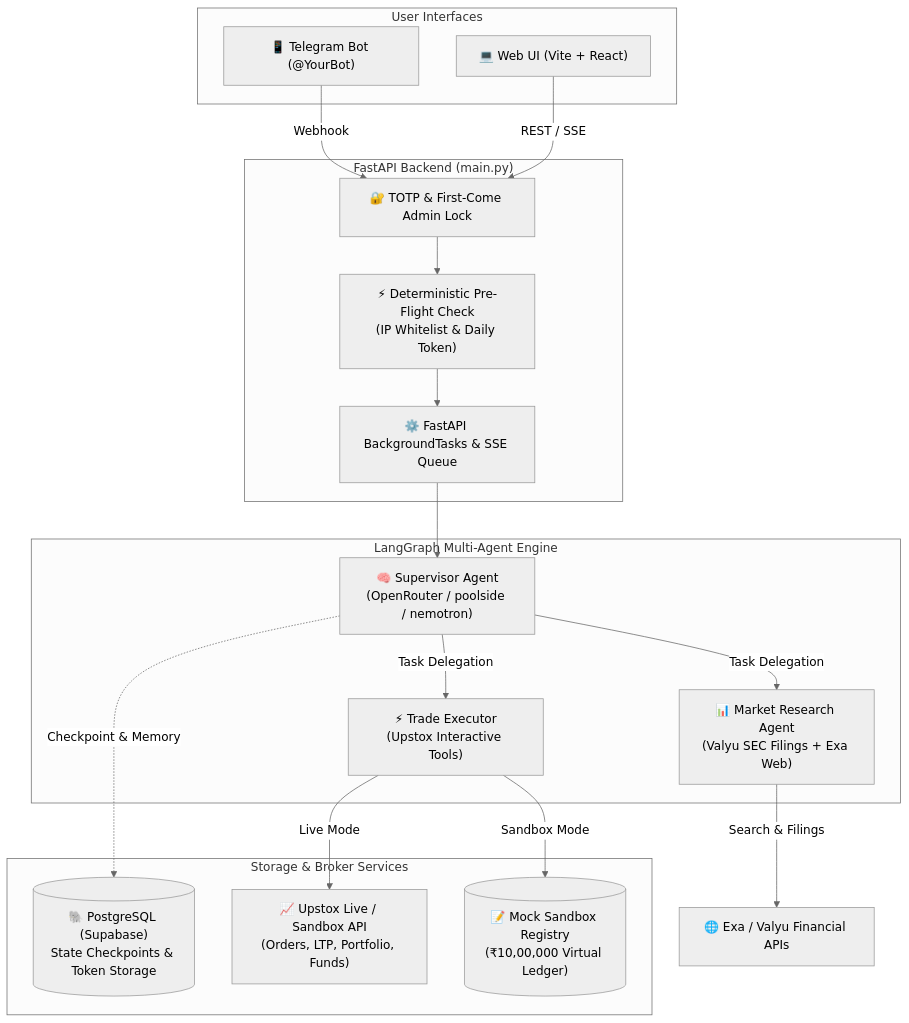
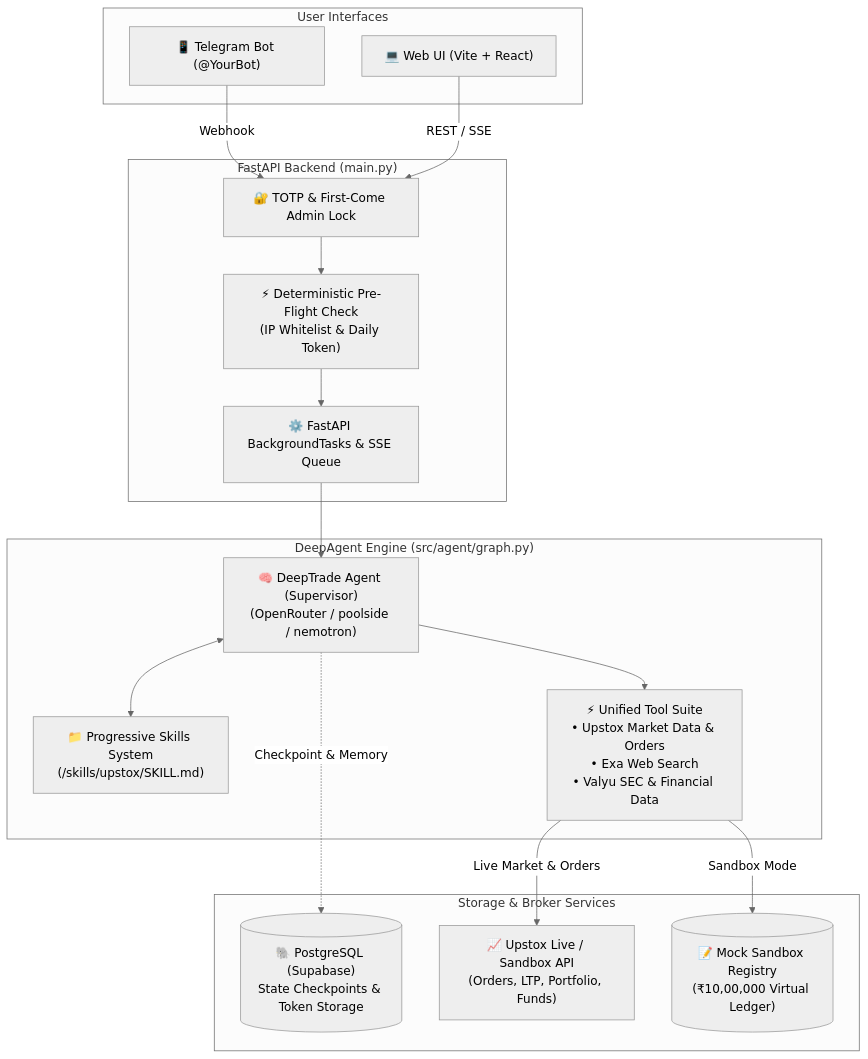
One commit to Anshu666666/deepTrade changed the first of 2 diagrams in README.md. Above: the diagram before and after it, drawn with Mermaid (neutral theme). The commit also changed other lines of this file and 2 other files, not shown here.

Commit message:
docs: clarify single DeepAgent architecture with progressive skills and unified tools

````diff
--- a/README.md
+++ b/README.md
@@ -21,37 +21,36 @@
 ```mermaid
 flowchart TB
     subgraph Clients["User Interfaces"]
         TG["📱 Telegram Bot (@YourBot)"]
         WEB["💻 Web UI (Vite + React)"]
     end
 
     subgraph Server["FastAPI Backend (main.py)"]
         AUTH["🔐 TOTP & First-Come Admin Lock"]
         PRECHECK["⚡ Deterministic Pre-Flight Check<br/>(IP Whitelist & Daily Token)"]
         BG["⚙️ FastAPI BackgroundTasks & SSE Queue"]
     end
 
-    subgraph AgentSystem["LangGraph Multi-Agent Engine"]
-        SUP["🧠 Supervisor Agent<br/>(OpenRouter / poolside / nemotron)"]
-        MRA["📊 Market Research Agent<br/>(Valyu SEC Filings + Exa Web)"]
-        TEX["⚡ Trade Executor<br/>(Upstox Interactive Tools)"]
+    subgraph AgentSystem["DeepAgent Engine (src/agent/graph.py)"]
+        SUP["🧠 DeepTrade Agent (Supervisor)<br/>(OpenRouter / poolside / nemotron)"]
+        SKILLS["📁 Progressive Skills System<br/>(/skills/upstox/SKILL.md)"]
+        TOOLS["⚡ Unified Tool Suite<br/>• Upstox Market Data & Orders<br/>• Exa Web Search<br/>• Valyu SEC & Financial Data"]
+        SUP <--> SKILLS
+        SUP --> TOOLS
     end
 
     subgraph Persistence["Storage & Broker Services"]
         PG[("🐘 PostgreSQL (Supabase)<br/>State Checkpoints & Token Storage")]
         BROKER["📈 Upstox Live / Sandbox API<br/>(Orders, LTP, Portfolio, Funds)"]
         MOCK[("📝 Mock Sandbox Registry<br/>(₹10,00,000 Virtual Ledger)")]
     end
 
     TG -->|Webhook| AUTH
     WEB -->|REST / SSE| AUTH
     AUTH --> PRECHECK
     PRECHECK --> BG
     BG --> SUP
-    SUP -->|Task Delegation| MRA
-    SUP -->|Task Delegation| TEX
     SUP -.->|Checkpoint & Memory| PG
-    MRA -->|Search & Filings| BrokerData["🌐 Exa / Valyu Financial APIs"]
-    TEX -->|Live Mode| BROKER
-    TEX -->|Sandbox Mode| MOCK
+    TOOLS -->|Live Market & Orders| BROKER
+    TOOLS -->|Sandbox Mode| MOCK
 ```
````
